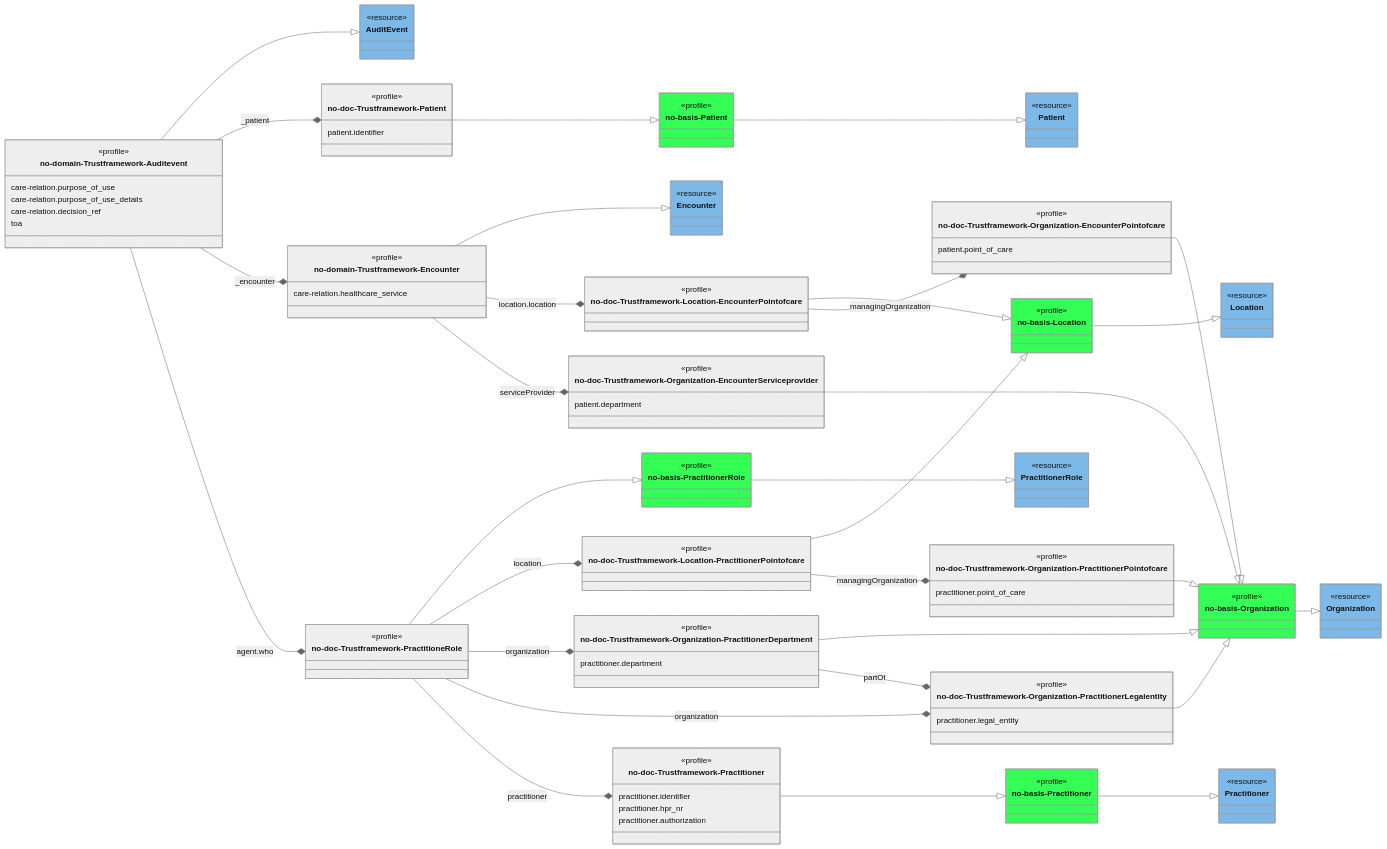
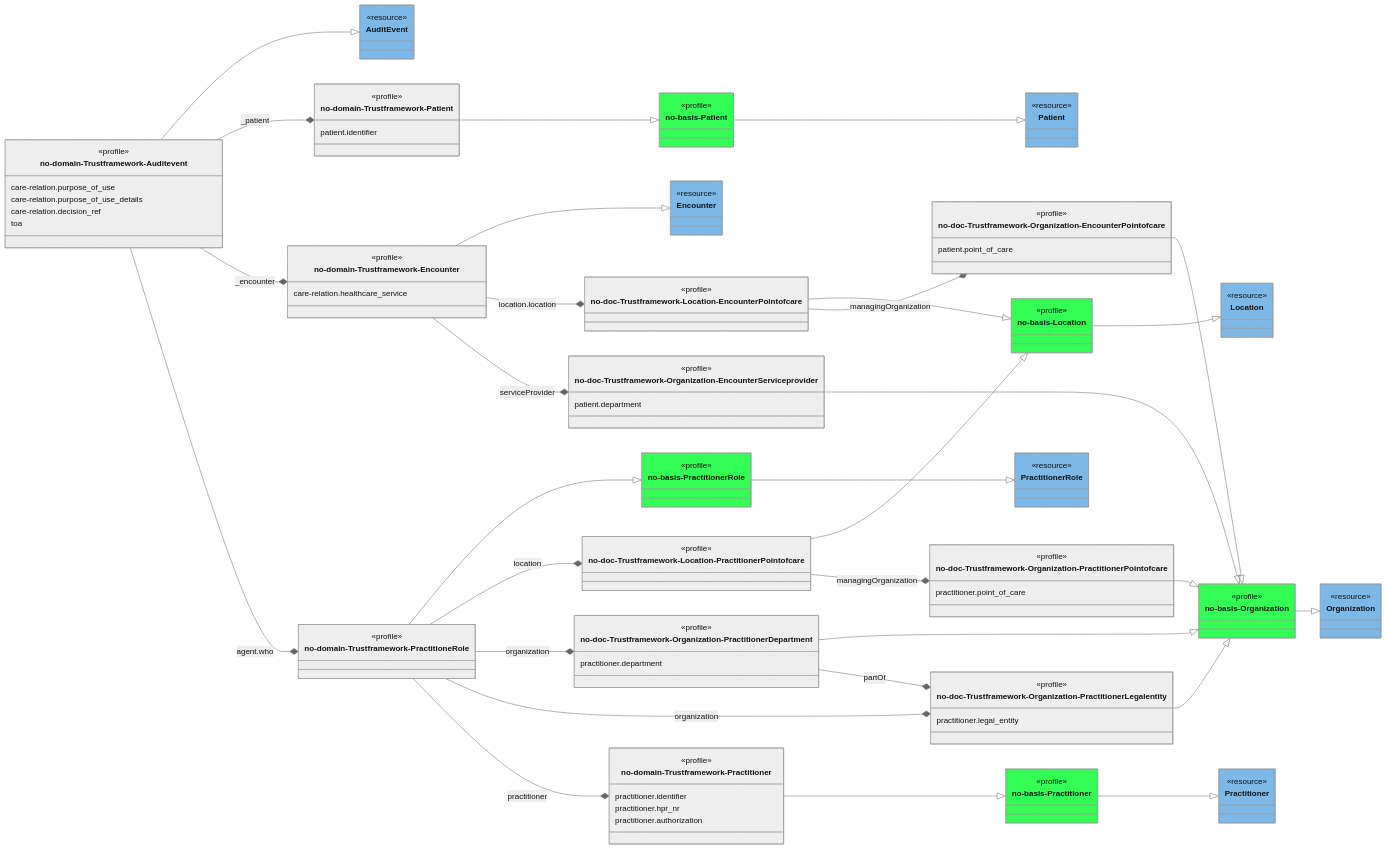
The diagram in igs/AuditEvent/input/images/AuditEvent-ClassDiagram.mmd (HL7Norway/AuditEvent), drawn with Mermaid (neutral theme) before and after one commit. The commit also changed 6 other files, not shown here.

```diff
--- a/igs/AuditEvent/input/images/AuditEvent-ClassDiagram.mmd
+++ b/igs/AuditEvent/input/images/AuditEvent-ClassDiagram.mmd
@@ -1,139 +1,140 @@
 classDiagram
    direction RL
 
    class AuditEvent { <<resource>>  }
    style AuditEvent fill:#7CB9E8
    class Practitioner { <<resource>> }
    style Practitioner fill:#7CB9E8   
    class PractitionerRole { <<resource>> }
    style PractitionerRole fill:#7CB9E8      
    class Organization { <<resource>> }
    style Organization fill:#7CB9E8         
    class Location { <<resource>> }
    style Location fill:#7CB9E8        
    class Patient { <<resource>> }
    style Patient fill:#7CB9E8           
    class Encounter { <<resource>> }
    style Encounter fill:#7CB9E8 
   
 
  
    class no_basis_Patient["no-basis-Patient"]  {<<profile>>}
    class no_basis_Location["no-basis-Location"] {<<profile>>}
    class no_basis_PractitionerRole["no-basis-PractitionerRole"] {<<profile>>}
    class no_basis_Organization["no-basis-Organization"] {<<profile>>}
    class no_basis_Practitioner["no-basis-Practitioner"] {<<profile>>}
    style no_basis_Practitioner fill:#33FF55 
    style no_basis_Patient fill:#33FF55 
    style no_basis_Location fill:#33FF55 
    style no_basis_Organization fill:#33FF55     
    style no_basis_PractitionerRole fill:#33FF55     
                
    class no-domain-Trustframework-Auditevent {
      <<profile>>
      care-relation.purpose_of_use
      care-relation.purpose_of_use_details
      care-relation.decision_ref     
      toa
    }
   
 
-   class no-doc-Trustframework-PractitioneRole  {<<profile>>}
+
+   class no-domain-Trustframework-PractitioneRole  {<<profile>>}
    class no-doc-Trustframework-Organization-PractitionerDepartment { 
      <<profile>>
      practitioner.department
    }   
   
 
-   class no-doc-Trustframework-Practitioner  {
+   class no-domain-Trustframework-Practitioner  {
      <<profile>>
      practitioner.identifier
      practitioner.hpr_nr
      practitioner.authorization
    }
 
    class no-doc-Trustframework-Organization-PractitionerLegalentity {
      <<profile>>
      practitioner.legal_entity
    }
    class no-doc-Trustframework-Location-PractitionerPointofcare {<<profile>>}
    class no-doc-Trustframework-Organization-PractitionerPointofcare {
      <<profile>>
      practitioner.point_of_care
    }
    class no-domain-Trustframework-Encounter {
      <<profile>>
      care-relation.healthcare_service
    }
-   class no-doc-Trustframework-Patient {
+   class no-domain-Trustframework-Patient {
      <<profile>>
      patient.identifier
    }
 
    class no-doc-Trustframework-Location-EncounterPointofcare {<<profile>>}
    class no-doc-Trustframework-Organization-EncounterPointofcare {
      <<profile>>
      patient.point_of_care     
    }
    class no-doc-Trustframework-Organization-EncounterServiceprovider {
      <<profile>>
      patient.department
    }
 
    AuditEvent <|-- no-domain-Trustframework-Auditevent 
-   no_basis_PractitionerRole <|-- no-doc-Trustframework-PractitioneRole 
-   no_basis_Practitioner <|-- no-doc-Trustframework-Practitioner
+   no_basis_PractitionerRole <|-- no-domain-Trustframework-PractitioneRole 
+   no_basis_Practitioner <|-- no-domain-Trustframework-Practitioner
    no_basis_Organization <|-- no-doc-Trustframework-Organization-PractitionerDepartment   
    no_basis_Organization <|-- no-doc-Trustframework-Organization-PractitionerLegalentity
    no_basis_Organization <|-- no-doc-Trustframework-Organization-EncounterPointofcare
    no_basis_Organization <|-- no-doc-Trustframework-Organization-PractitionerPointofcare
    no_basis_Organization <|-- no-doc-Trustframework-Organization-EncounterServiceprovider
    no_basis_Location <|-- no-doc-Trustframework-Location-EncounterPointofcare
    no_basis_Location <|-- no-doc-Trustframework-Location-PractitionerPointofcare
    Location <|-- no_basis_Location
-   no_basis_Patient <|-- no-doc-Trustframework-Patient
+   no_basis_Patient <|-- no-domain-Trustframework-Patient
    Patient <|-- no_basis_Patient
    Encounter <|-- no-domain-Trustframework-Encounter
    PractitionerRole <|-- no_basis_PractitionerRole
    Organization <|-- no_basis_Organization
    Practitioner <|--  no_basis_Practitioner
   
     no-doc-Trustframework-Organization-PractitionerPointofcare *-- no-doc-Trustframework-Location-PractitionerPointofcare : managingOrganization
     no-doc-Trustframework-Organization-PractitionerLegalentity *-- no-doc-Trustframework-Organization-PractitionerDepartment : partOf
     no-doc-Trustframework-Location-EncounterPointofcare *-- no-domain-Trustframework-Encounter : location.location
     no-doc-Trustframework-Organization-EncounterServiceprovider *-- no-domain-Trustframework-Encounter: serviceProvider
     no-doc-Trustframework-Organization-EncounterPointofcare *-- no-doc-Trustframework-Location-EncounterPointofcare : managingOrganization
-    no-doc-Trustframework-Location-PractitionerPointofcare *-- no-doc-Trustframework-PractitioneRole  : location
-    no-doc-Trustframework-Organization-PractitionerDepartment *-- no-doc-Trustframework-PractitioneRole  : organization
-    no-doc-Trustframework-Organization-PractitionerLegalentity *-- no-doc-Trustframework-PractitioneRole  : organization
-    no-doc-Trustframework-Practitioner *-- no-doc-Trustframework-PractitioneRole  : practitioner
-    no-doc-Trustframework-Patient *-- no-domain-Trustframework-Auditevent  : _patient
+    no-doc-Trustframework-Location-PractitionerPointofcare *-- no-domain-Trustframework-PractitioneRole  : location
+    no-doc-Trustframework-Organization-PractitionerDepartment *-- no-domain-Trustframework-PractitioneRole  : organization
+    no-doc-Trustframework-Organization-PractitionerLegalentity *-- no-domain-Trustframework-PractitioneRole  : organization
+    no-domain-Trustframework-Practitioner *-- no-domain-Trustframework-PractitioneRole  : practitioner
+    no-domain-Trustframework-Patient *-- no-domain-Trustframework-Auditevent  : _patient
     no-domain-Trustframework-Encounter *-- no-domain-Trustframework-Auditevent  : _encounter
-    no-doc-Trustframework-PractitioneRole  *-- no-domain-Trustframework-Auditevent  : agent.who
+    no-domain-Trustframework-PractitioneRole  *-- no-domain-Trustframework-Auditevent  : agent.who
     
     link AuditEvent "https://hl7.org/fhir/R4/auditevent.html" 
     link Practitioner "https://hl7.org/fhir/R4/practitioner.html" 
     link PractitionerRole "https://hl7.org/fhir/R4/practitionerrole.html" 
     link Organization "https://hl7.org/fhir/R4/organization.html" 
     link Location "https://hl7.org/fhir/R4/location.html" 
     link Patient  "https://hl7.org/fhir/R4/patient.html" 
     link Encounter "https://hl7.org/fhir/R4/encounter.html" 
   
 
     link no-domain-Trustframework-Auditevent "StructureDefinition-no-domain-Trustframework-Auditevent.html"
-    link no-doc-Trustframework-PractitioneRole  "StructureDefinition-no-doc-Trustframework-PractitioneRole.html"
+    link no-domain-Trustframework-PractitioneRole  "StructureDefinition-no-domain-Trustframework-PractitioneRole.html"
     link no-doc-Trustframework-Organization-PractitionerDepartment "StructureDefinition-no-doc-Trustframework-Organization-PractitionerDepartment.html"
-    link no-doc-Trustframework-Practitioner "StructureDefinition-no-doc-Trustframework-Practitioner.html"
+    link no-domain-Trustframework-Practitioner "StructureDefinition-no-domain-Trustframework-Practitioner.html"
     link no-doc-Trustframework-Organization-PractitionerLegalentity "StructureDefinition-no-doc-Trustframework-Organization-PractitionerLegalentity.html"
     link no-doc-Trustframework-Location-PractitionerPointofcare "StructureDefinition-no-doc-Trustframework-Location-PractitionerPointofcare.html"
     link no-doc-Trustframework-Organization-PractitionerPointofcare "StructureDefinition-no-doc-Trustframework-Organization-PractitionerPointofcare.html"
     link no-domain-Trustframework-Encounter "StructureDefinition-no-domain-Trustframework-Encounter.html"
-    link no-doc-Trustframework-Patient "StructureDefinition-no-doc-Trustframework-Patient.html"
+    link no-domain-Trustframework-Patient "StructureDefinition-no-domain-Trustframework-Patient.html"
     link no-doc-Trustframework-Location-EncounterPointofcare "StructureDefinition-no-doc-Trustframework-Location-EncounterPointofcare.html"
     link no-doc-Trustframework-Organization-EncounterPointofcare "StructureDefinition-no-doc-Trustframework-Organization-EncounterPointofcare.html"
     link no-doc-Trustframework-Organization-EncounterServiceprovider "StructureDefinition-no-doc-Trustframework-Organization-EncounterServiceprovider.html"
     link no_basis_Patient "https://simplifier.net/packages/hl7.fhir.no.basis/2.2.0/files/2210549"
     link no_basis_Location "https://simplifier.net/packages/hl7.fhir.no.basis/2.2.0/files/2210537"
     link no_basis_PractitionerRole "https://simplifier.net/packages/hl7.fhir.no.basis/2.2.0/files/2210553"
     link no_basis_Organization "https://simplifier.net/packages/hl7.fhir.no.basis/2.2.0/files/2210545"
     link no_basis_Practitioner "https://simplifier.net/packages/hl7.fhir.no.basis/2.2.0/files/2210552"
```
